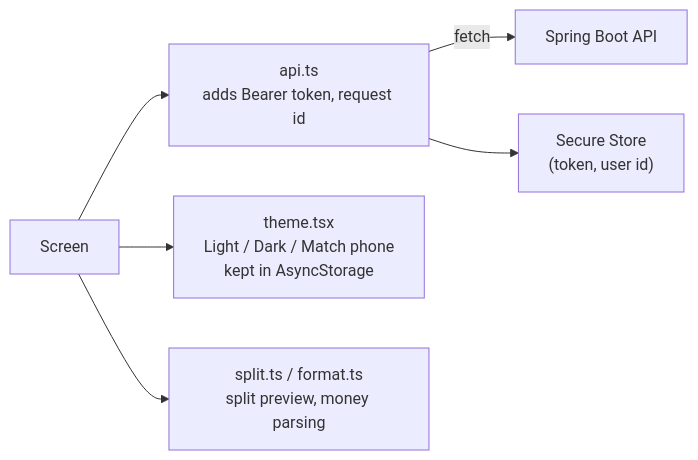
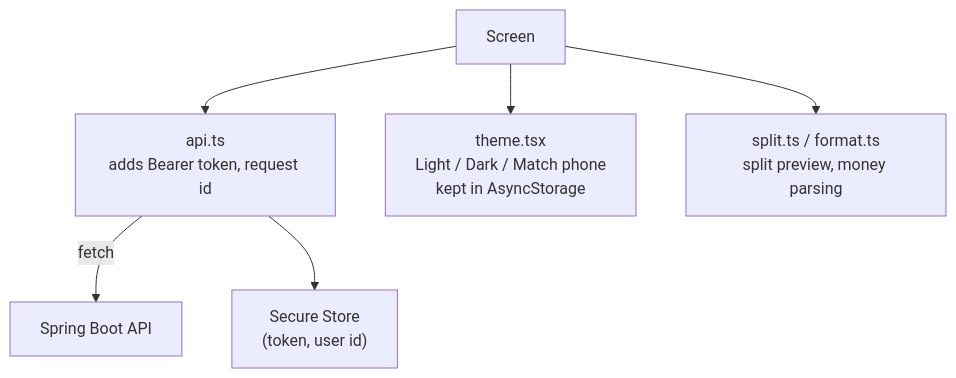
The fifth of 5 diagrams in README.md (laxayk/SplitMint), drawn with Mermaid before and after one commit. The commit also changed other lines of this file, not shown here.

Commit message:
README: stack the code-flow diagrams vertically so they stay readable

````diff
--- a/README.md
+++ b/README.md
@@ -133,8 +133,8 @@
 ```mermaid
-flowchart LR
+flowchart TD
     Screen["Screen"] --> Api["api.ts<br/>adds Bearer token, request id"]
     Api -->|"fetch"| Backend["Spring Boot API"]
     Api --> Store["Secure Store<br/>(token, user id)"]
     Screen --> Theme["theme.tsx<br/>Light / Dark / Match phone<br/>kept in AsyncStorage"]
     Screen --> Split["split.ts / format.ts<br/>split preview, money parsing"]
 ```
````
